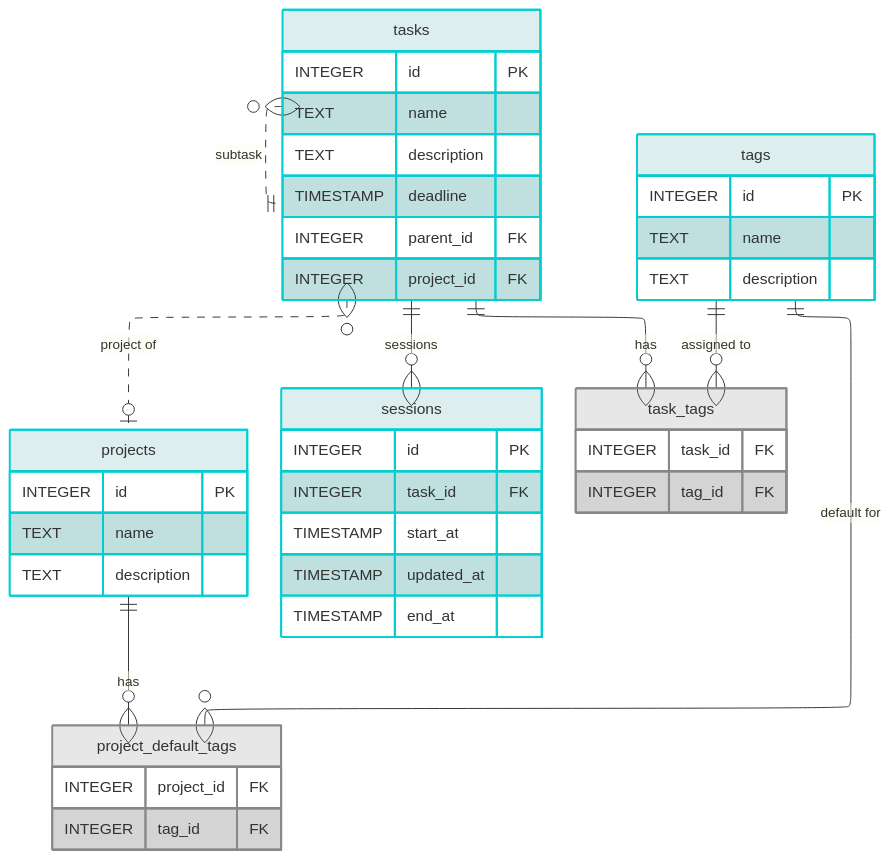
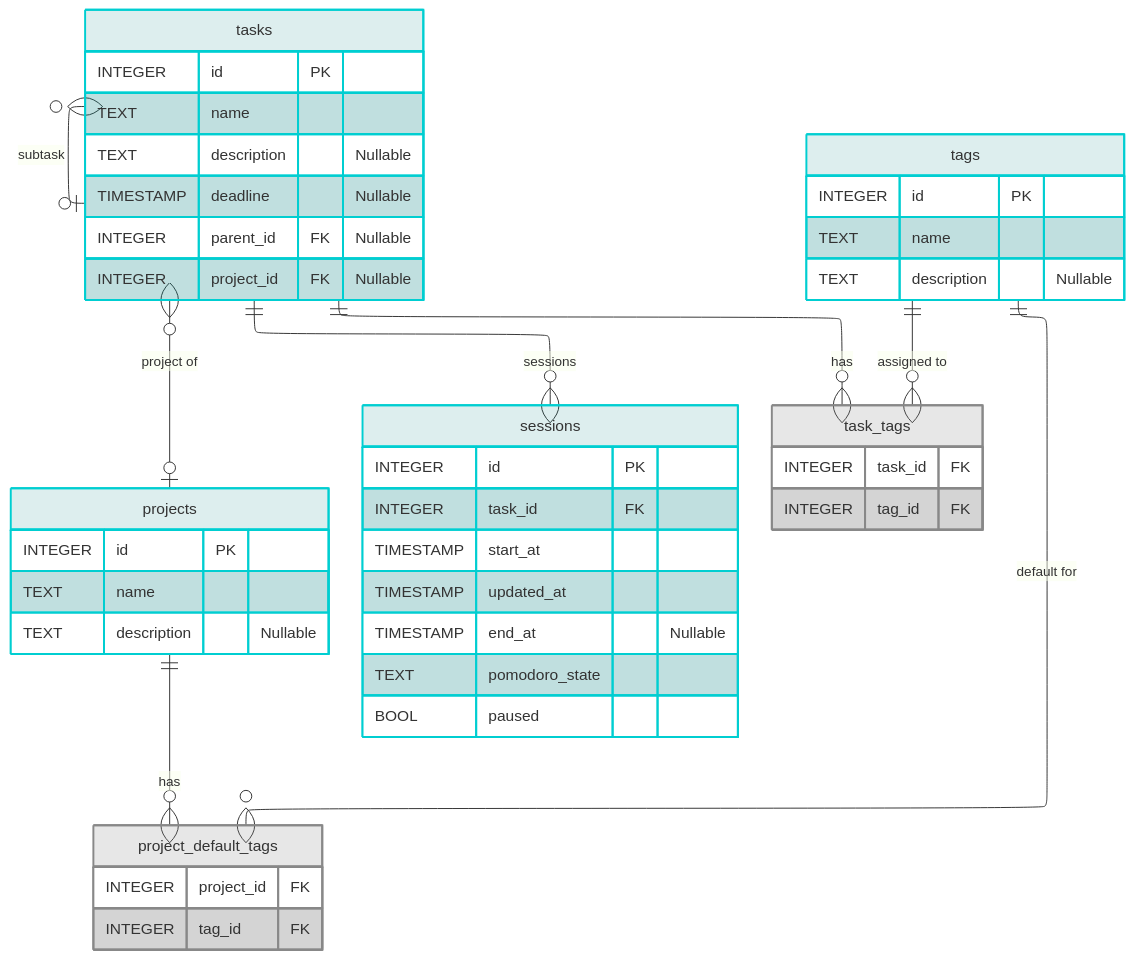
One commit to FAZuH/forgor changed the diagram in docs/diagrams/db-erd.mmd. Above: the diagram before and after it, drawn with Mermaid. The commit also changed 11 other files, not shown here.

```diff
--- a/docs/diagrams/db-erd.mmd
+++ b/docs/diagrams/db-erd.mmd
@@ -1,52 +1,54 @@
 ---
 config:
         layout: elk
 ---
 erDiagram
     direction TB
     classDef default fill:#00808022,stroke:#00ced1,stroke-width:2px
     classDef junction fill:#88888833,stroke:#888888
     tasks {
         INTEGER id PK
         TEXT name
-        TEXT description
-        TIMESTAMP deadline
-        INTEGER parent_id FK
-        INTEGER project_id FK
+        TEXT description "Nullable"
+        TIMESTAMP deadline "Nullable"
+        INTEGER parent_id FK "Nullable"
+        INTEGER project_id FK "Nullable"
     }
     tags {
         INTEGER id PK
         TEXT name
-        TEXT description
+        TEXT description "Nullable"
     }
-    projects { 
+    projects {
         INTEGER id PK
         TEXT name
-        TEXT description
+        TEXT description "Nullable"
     }
     sessions {
         INTEGER id PK
         INTEGER task_id FK
         TIMESTAMP start_at
         TIMESTAMP updated_at
-        TIMESTAMP end_at
+        TIMESTAMP end_at "Nullable"
+        TEXT pomodoro_state
+        BOOL paused
     }
     %% Junction Tables
     task_tags:::junction {
         INTEGER task_id FK
         INTEGER tag_id FK
     }
     project_default_tags:::junction {
         INTEGER project_id FK
         INTEGER tag_id FK
     }
 
     tasks ||--o{ sessions : "sessions"
-    tasks }o..o| projects : "project of"
-    tasks }o..|| tasks : "subtask"
-    
+    tasks }o--o| projects : "project of"
+    tasks }o--o| tasks : "subtask"
+
     tasks ||--o{ task_tags : "has"
     tags ||--o{ task_tags : "assigned to"
-    
+
     projects ||--o{ project_default_tags : "has"
     tags ||--o{ project_default_tags : "default for"
```
